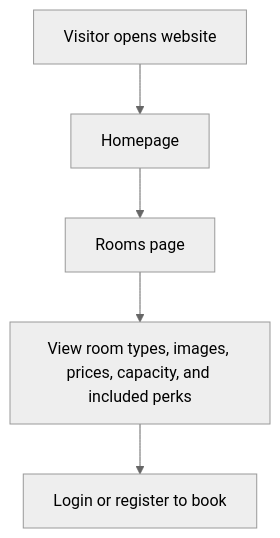
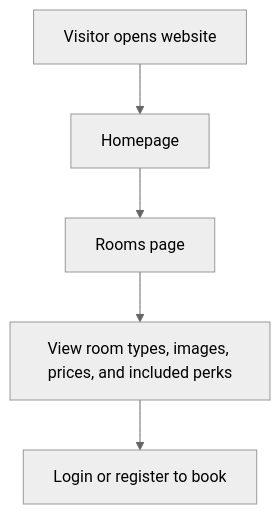
Before and after one commit to WizardOfXerox/Emperor-Hotel: the fifth of 13 diagrams in docs/project-explanation-guide.md, drawn with Mermaid (neutral theme). The commit also changed other lines of this file and 19 other files, not shown here.

````diff
--- a/docs/project-explanation-guide.md
+++ b/docs/project-explanation-guide.md
@@ -494,7 +494,7 @@
 ```mermaid
 flowchart TD
     A[Visitor opens website] --> B[Homepage]
     B --> C[Rooms page]
-    C --> D[View room types, images, prices, capacity, and included perks]
+    C --> D[View room types, images, prices, and included perks]
     D --> E[Login or register to book]
 ```
````
